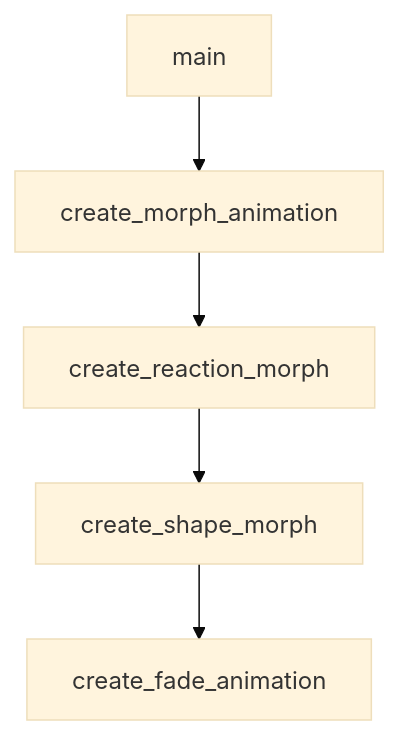
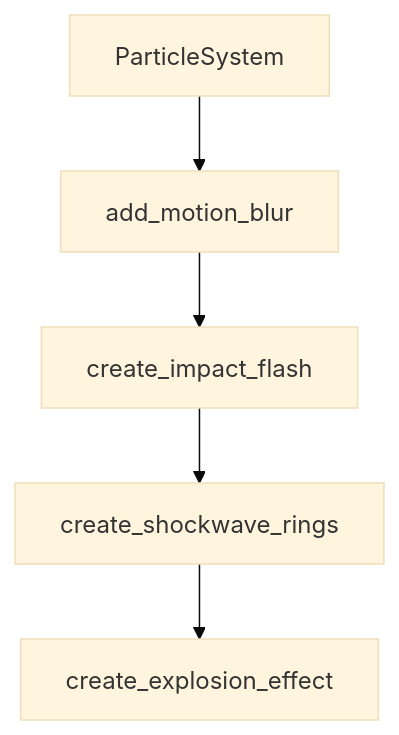
One commit to johnxie/awesome-code-docs changed the diagram in tutorials/awesome-claude-skills-tutorial/02-catalog-taxonomy-and-navigation.md. Above: the diagram before and after it, drawn with Mermaid (base theme). The commit also changed other lines of this file and 1232 other files, not shown here.

````diff
--- a/tutorials/awesome-claude-skills-tutorial/02-catalog-taxonomy-and-navigation.md
+++ b/tutorials/awesome-claude-skills-tutorial/02-catalog-taxonomy-and-navigation.md
@@ -214,12 +212,12 @@
 ```mermaid
 flowchart TD
-    A[main]
-    B[create_morph_animation]
-    C[create_reaction_morph]
-    D[create_shape_morph]
-    E[create_fade_animation]
+    A[ParticleSystem]
+    B[add_motion_blur]
+    C[create_impact_flash]
+    D[create_shockwave_rings]
+    E[create_explosion_effect]
     A --> B
     B --> C
     C --> D
     D --> E
 ```
````
